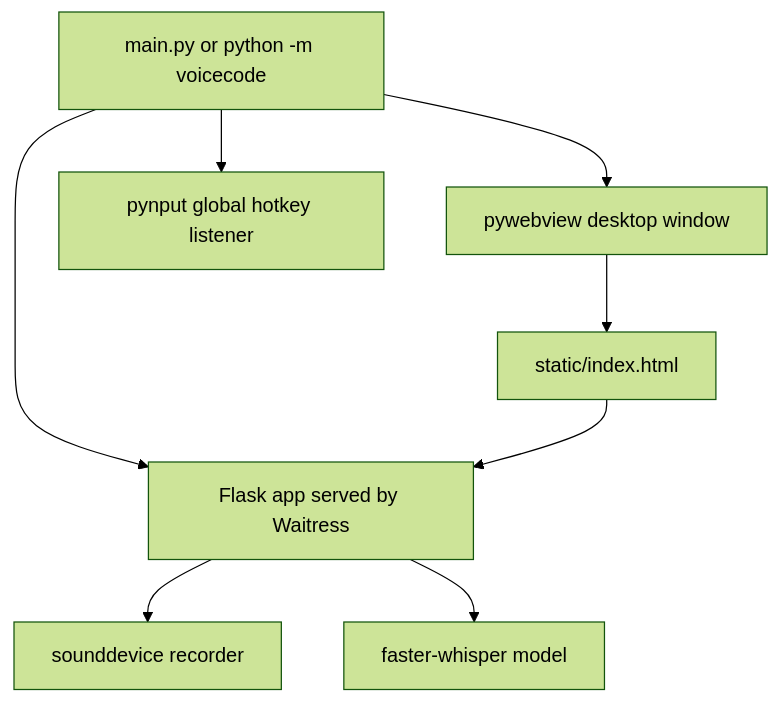
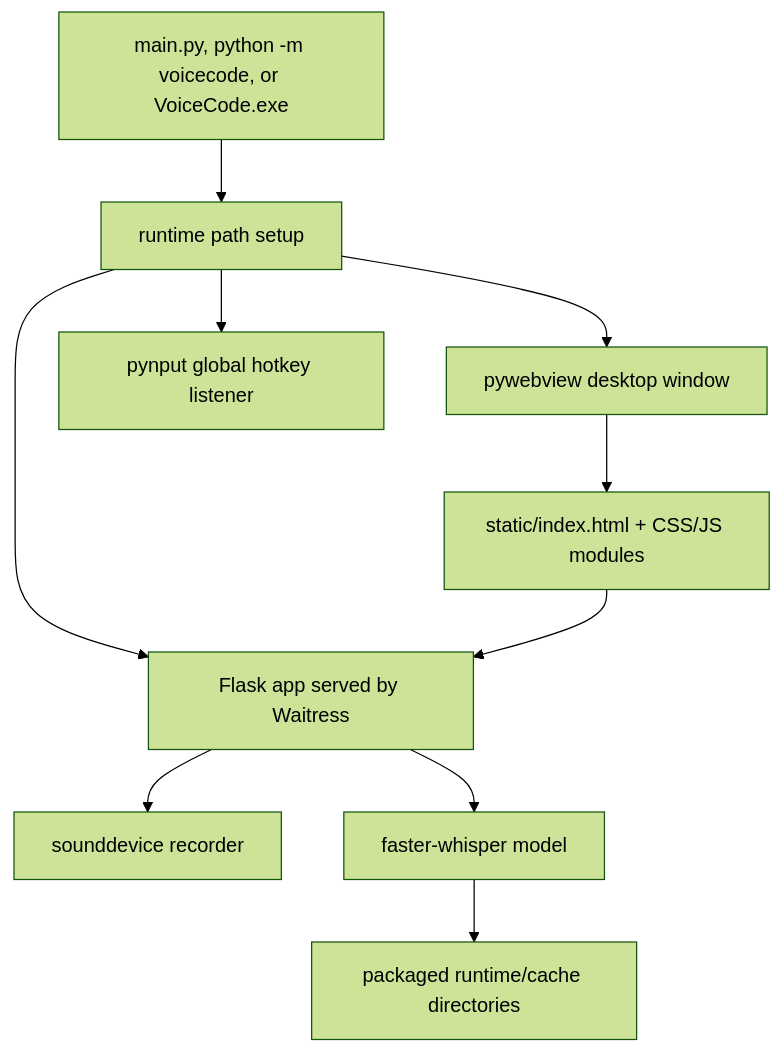
The diagram in AGENTS.md (learnerbruse1/voicecode), drawn with Mermaid (forest theme) before and after one commit. The commit also changed other lines of this file and 16 other files, not shown here.

Commit message:
prepare VoiceCode 0.1.0 release

````diff
--- a/AGENTS.md
+++ b/AGENTS.md
@@ -35,10 +39,12 @@
 ```mermaid
 flowchart TD
-    A["main.py or python -m voicecode"] --> B["Flask app served by Waitress"]
-    A --> C["pywebview desktop window"]
-    A --> D["pynput global hotkey listener"]
-    C --> E["static/index.html"]
+    A["main.py, python -m voicecode, or VoiceCode.exe"] --> R["runtime path setup"]
+    R --> B["Flask app served by Waitress"]
+    R --> C["pywebview desktop window"]
+    R --> D["pynput global hotkey listener"]
+    C --> E["static/index.html + CSS/JS modules"]
     E --> B
     B --> F["sounddevice recorder"]
     B --> G["faster-whisper model"]
+    G --> H["packaged runtime/cache directories"]
 ```
````
